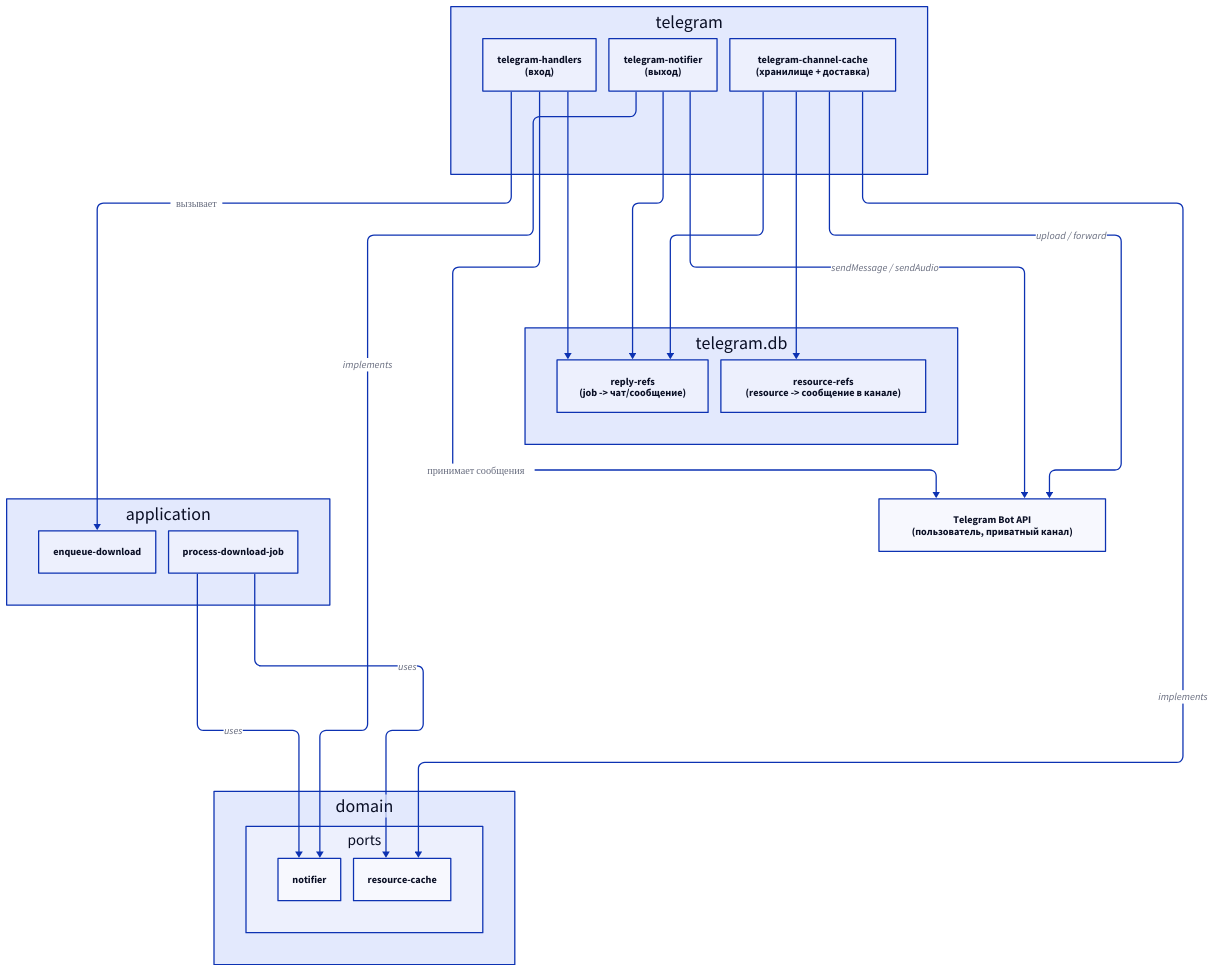
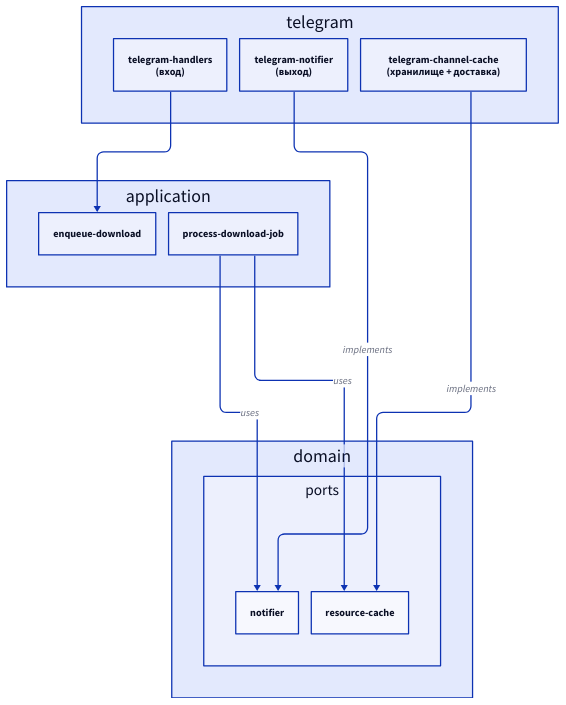
One commit to iwwwanow/kanalveschaniya changed the diagram in docs/diagrams/core_infrastructure_telegram.d2. Above: the diagram before and after it, drawn with D2.

Commit message:
docs(diagrams): reduce telegram diagram to the three seams
7 nodes, 5 edges, all dependencies pointing inward. Dropped telegram.db and
the Bot API node — different questions.

```diff
--- a/docs/diagrams/core_infrastructure_telegram.d2
+++ b/docs/diagrams/core_infrastructure_telegram.d2
@@ -1,55 +1,33 @@
 vars: {
   d2-config: {
     layout-engine: elk
   }
 }
 
 direction: down
 
-# Вопрос диаграммы: где Telegram подключается к приложению (три шва: вход, выход,
-# хранилище + доставка). ВСЕ стрелки — направление зависимости в коде: внутрь,
-# infrastructure -> application/domain. Потоки данных во время работы по ним не читать:
-# application вызывает адаптеры только через порты домена.
+# Вопрос: где Telegram подключается к приложению? Три шва.
+# Все стрелки — зависимости в коде и идут сверху вниз (внутрь). Состояние (telegram.db)
+# и обмен с Bot API сюда не входят.
+
+telegram: {
+  telegram-handlers: "telegram-handlers\n(вход)"
+  telegram-notifier: "telegram-notifier\n(выход)"
+  telegram-channel-cache: "telegram-channel-cache\n(хранилище + доставка)"
+}
 
 application: {
   enqueue-download
   process-download-job
 }
 
 domain.ports: {
   notifier
   resource-cache
 }
 
-telegram: {
-  telegram-handlers: "telegram-handlers\n(вход)"
-  telegram-notifier: "telegram-notifier\n(выход)"
-  telegram-channel-cache: "telegram-channel-cache\n(хранилище + доставка)"
-}
-
-telegram-db: "telegram.db" {
-  reply-refs: "reply-refs\n(job -> чат/сообщение)"
-  resource-refs: "resource-refs\n(resource -> сообщение в канале)"
-}
-
-bot-api: "Telegram Bot API\n(пользователь, приватный канал)"
-
-# вход
-telegram.telegram-handlers -> application.enqueue-download: вызывает
-
-# выход и хранилище: application знает порт, адаптер его реализует
+telegram.telegram-handlers -> application.enqueue-download
+telegram.telegram-notifier -> domain.ports.notifier: implements
+telegram.telegram-channel-cache -> domain.ports.resource-cache: implements
 application.process-download-job -> domain.ports.notifier: uses
-telegram.telegram-notifier -> domain.ports.notifier: implements
 application.process-download-job -> domain.ports.resource-cache: uses
-telegram.telegram-channel-cache -> domain.ports.resource-cache: implements
-
-# состояние telegram-слоя
-telegram.telegram-handlers -> telegram-db.reply-refs
-telegram.telegram-notifier -> telegram-db.reply-refs
-telegram.telegram-channel-cache -> telegram-db.reply-refs
-telegram.telegram-channel-cache -> telegram-db.resource-refs
-
-# внешняя система
-telegram.telegram-handlers -> bot-api: "принимает сообщения"
-telegram.telegram-notifier -> bot-api: "sendMessage / sendAudio"
-telegram.telegram-channel-cache -> bot-api: "upload / forward"
```
